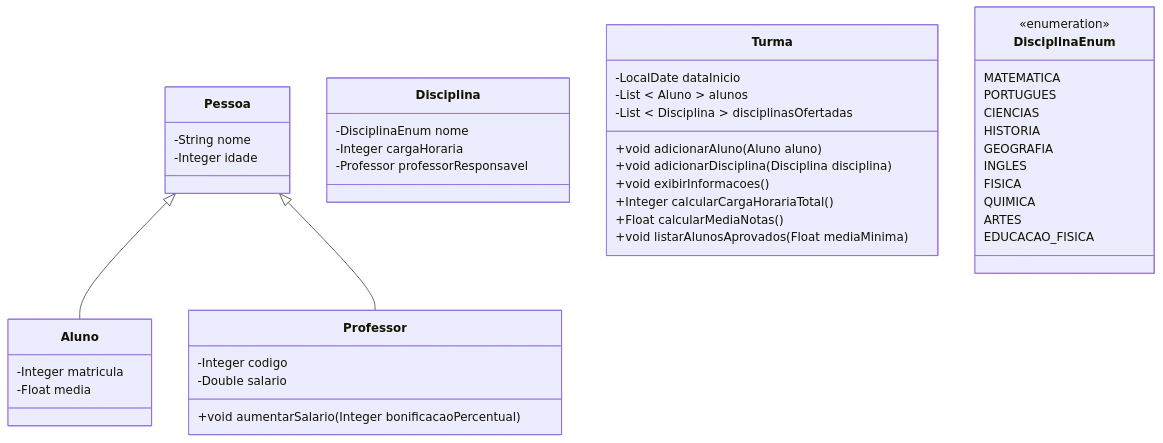
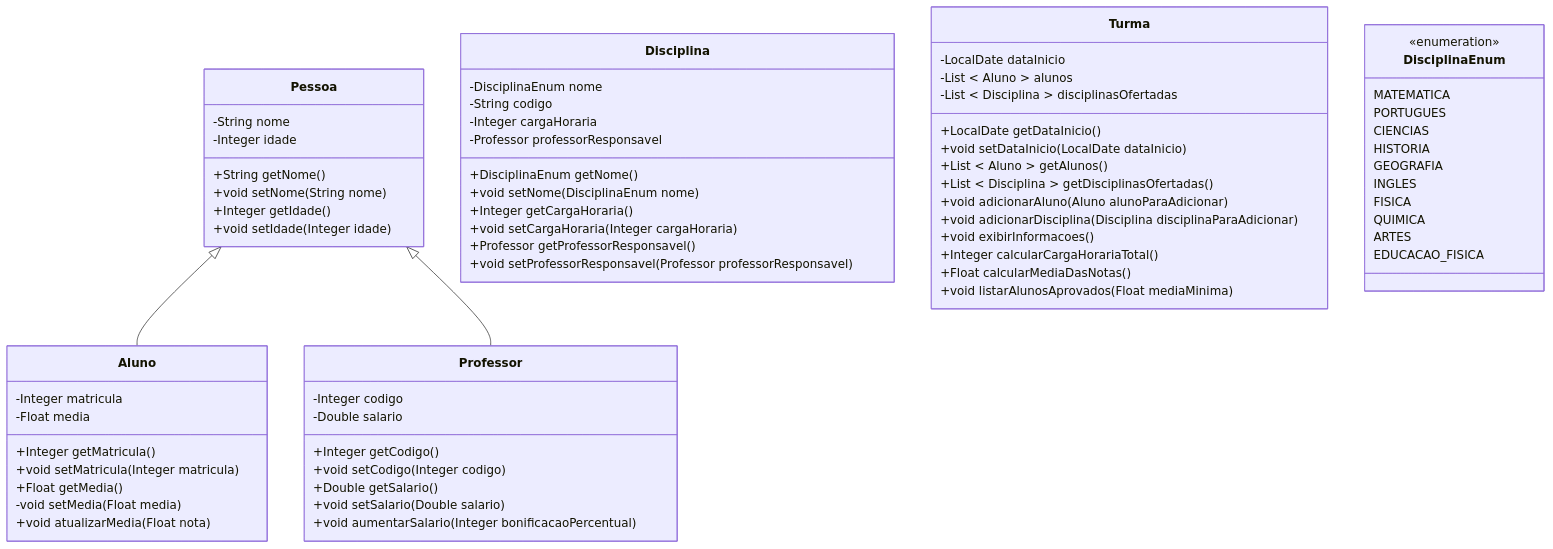
One commit to heltonricardo/enunciados-exercicios-java changed the diagram in exercicio-002/versao-001/README.md. Above: the diagram before and after it, drawn with Mermaid. The commit also changed other lines of this file and 1 other file, not shown here.

````diff
--- a/exercicio-002/versao-001/README.md
+++ b/exercicio-002/versao-001/README.md
@@ -13,54 +13,78 @@
 ```mermaid
 classDiagram
 
 class Pessoa {
   -String nome
   -Integer idade
+  +String getNome()
+  +void setNome(String nome)
+  +Integer getIdade()
+  +void setIdade(Integer idade)
 }
 
 class Aluno {
   -Integer matricula
   -Float media
+  +Integer getMatricula()
+  +void setMatricula(Integer matricula)
+  +Float getMedia()
+  -void setMedia(Float media)
+  +void atualizarMedia(Float nota)
 }
 
 class Professor {
   -Integer codigo
   -Double salario
+  +Integer getCodigo()
+  +void setCodigo(Integer codigo)
+  +Double getSalario()
+  +void setSalario(Double salario)
   +void aumentarSalario(Integer bonificacaoPercentual)
 }
 
 class Disciplina {
   -DisciplinaEnum nome
+  -String codigo
   -Integer cargaHoraria
   -Professor professorResponsavel
+  +DisciplinaEnum getNome()
+  +void setNome(DisciplinaEnum nome)
+  +Integer getCargaHoraria()
+  +void setCargaHoraria(Integer cargaHoraria)
+  +Professor getProfessorResponsavel()
+  +void setProfessorResponsavel(Professor professorResponsavel)
 }
 
 class Turma {
   -LocalDate dataInicio
   -List < Aluno > alunos
   -List < Disciplina > disciplinasOfertadas
-  +void adicionarAluno(Aluno aluno)
-  +void adicionarDisciplina(Disciplina disciplina)
+  +LocalDate getDataInicio()
+  +void setDataInicio(LocalDate dataInicio)
+  +List < Aluno > getAlunos()
+  +List < Disciplina > getDisciplinasOfertadas()
+  +void adicionarAluno(Aluno alunoParaAdicionar)
+  +void adicionarDisciplina(Disciplina disciplinaParaAdicionar)
   +void exibirInformacoes()
   +Integer calcularCargaHorariaTotal()
-  +Float calcularMediaNotas()
+  +Float calcularMediaDasNotas()
   +void listarAlunosAprovados(Float mediaMinima)
 }
 
 class DisciplinaEnum {
   <<enumeration>>
   MATEMATICA
   PORTUGUES
   CIENCIAS
   HISTORIA
   GEOGRAFIA
   INGLES
   FISICA
   QUIMICA
   ARTES
   EDUCACAO_FISICA
 }
 
 Pessoa <|-- Aluno
 Pessoa <|-- Professor
 ```
````
